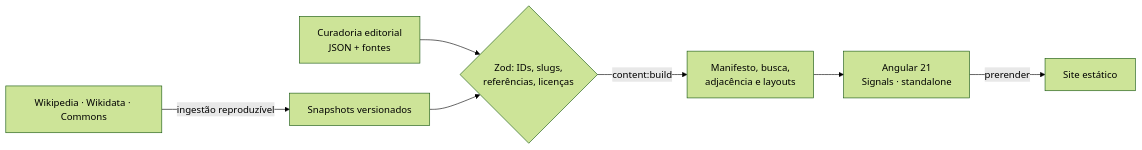
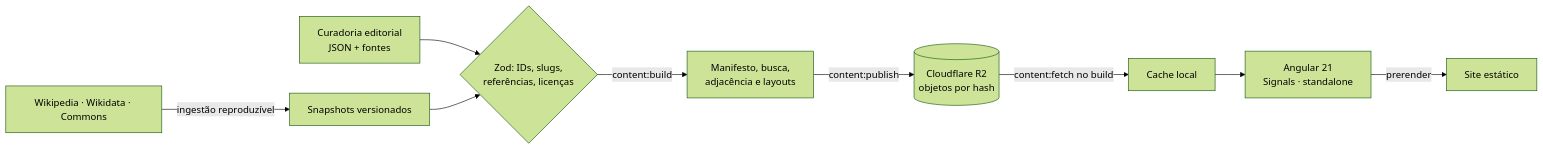
The diagram in README.md (bellussi1/ATLAS), drawn with Mermaid (forest theme) before and after one commit. The commit also changed other lines of this file, not shown here.

````diff
--- a/README.md
+++ b/README.md
@@ -53,9 +88,11 @@
 ```mermaid
 flowchart LR
   W[Wikipedia · Wikidata · Commons] -->|ingestão reproduzível| S[Snapshots versionados]
   E[Curadoria editorial<br/>JSON + fontes] --> V
   S --> V{Zod: IDs, slugs,<br/>referências, licenças}
   V -->|content:build| G[Manifesto, busca,<br/>adjacência e layouts]
-  G --> A[Angular 21<br/>Signals · standalone]
+  G -->|content:publish| R[(Cloudflare R2<br/>objetos por hash)]
+  R -->|content:fetch no build| C[Cache local]
+  C --> A[Angular 21<br/>Signals · standalone]
   A -->|prerender| H[Site estático]
 ```
````
